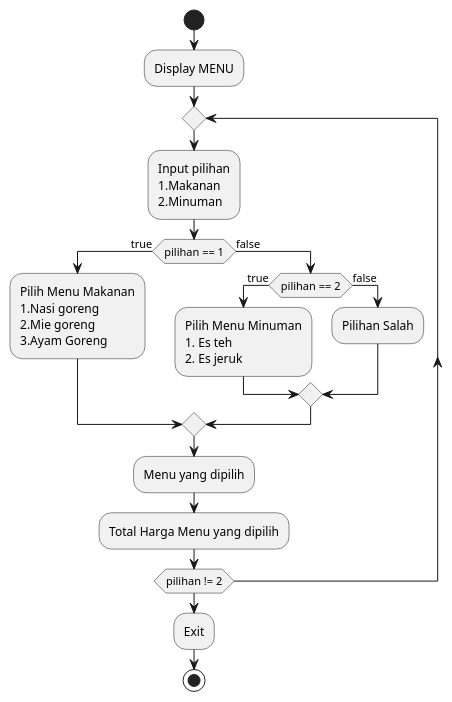
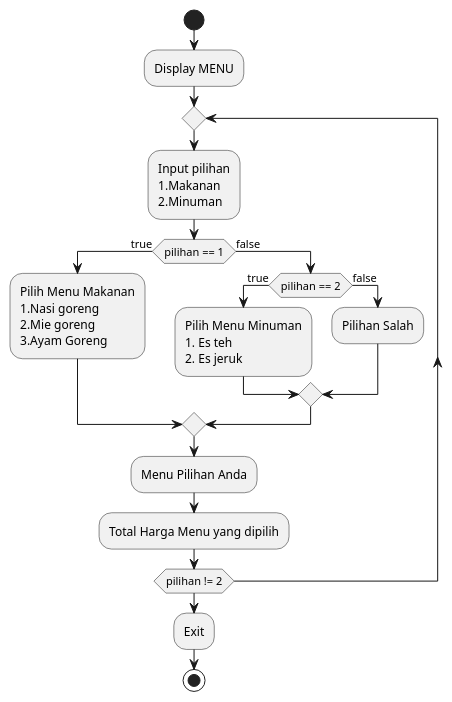
Before and after one commit to Rafkyy/bahasa_pemograman: the diagram in pert6/tugas1.puml, drawn with PlantUML. The commit also changed 15 other files, not shown here.

```diff
--- a/pert6/tugas1.puml
+++ b/pert6/tugas1.puml
@@ -1,29 +1,30 @@
 @startuml tugas1
 
 start
 :Display MENU;
 repeat
   :Input pilihan
   1.Makanan
   2.Minuman;
+
   if (pilihan == 1) then (true)
     :Pilih Menu Makanan
     1.Nasi goreng
     2.Mie goreng
     3.Ayam Goreng;
   else (false)
     if (pilihan == 2) then (true)
     :Pilih Menu Minuman
     1. Es teh
     2. Es jeruk;
     else (false)
       :Pilihan Salah;
     endif
   endif
-    :Menu yang dipilih;
+    :Menu Pilihan Anda;
     :Total Harga Menu yang dipilih;
 repeat while (pilihan != 2)
 :Exit;
 stop
 
 @enduml
```
